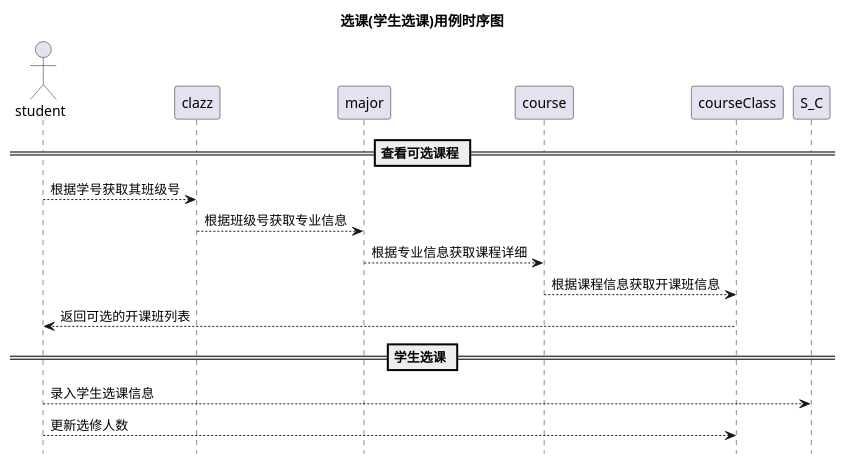
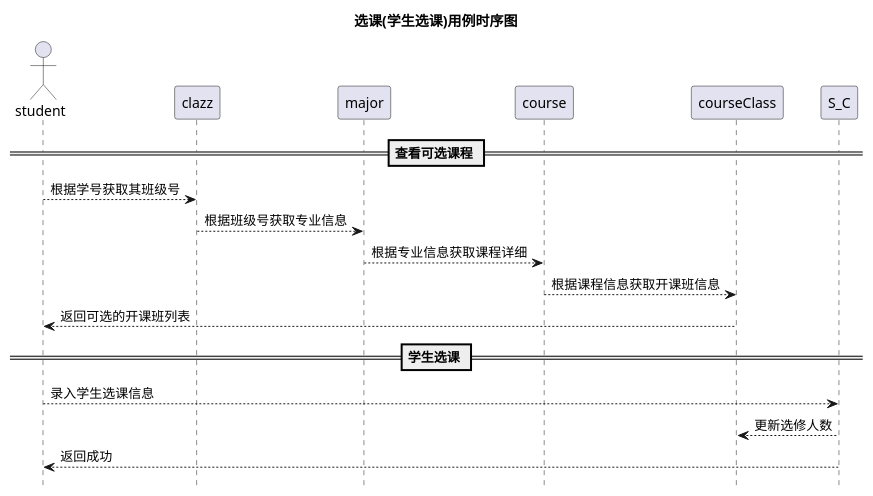
One commit to 201610414130/is_analysis-4 changed the second of 16 diagrams in test6/sequence.pu. Above: the diagram before and after it, drawn with PlantUML. The commit also changed other lines of this file and 2 other files, not shown here.

```diff
--- a/test6/sequence.pu
+++ b/test6/sequence.pu
@@ -13,14 +14,15 @@
 @startuml 选课(学生选课)
 title 选课(学生选课)用例时序图
 hide footbox
 actor student
 == 查看可选课程 ==
 student -->clazz: 根据学号获取其班级号
 clazz --> major: 根据班级号获取专业信息
 major --> course: 根据专业信息获取课程详细
 course --> courseClass: 根据课程信息获取开课班信息
 courseClass --> student: 返回可选的开课班列表
 == 学生选课 ==
 student --> S_C: 录入学生选课信息
-student --> courseClass: 更新选修人数
+S_C --> courseClass: 更新选修人数
+S_C --> student: 返回成功
 @enduml
```
